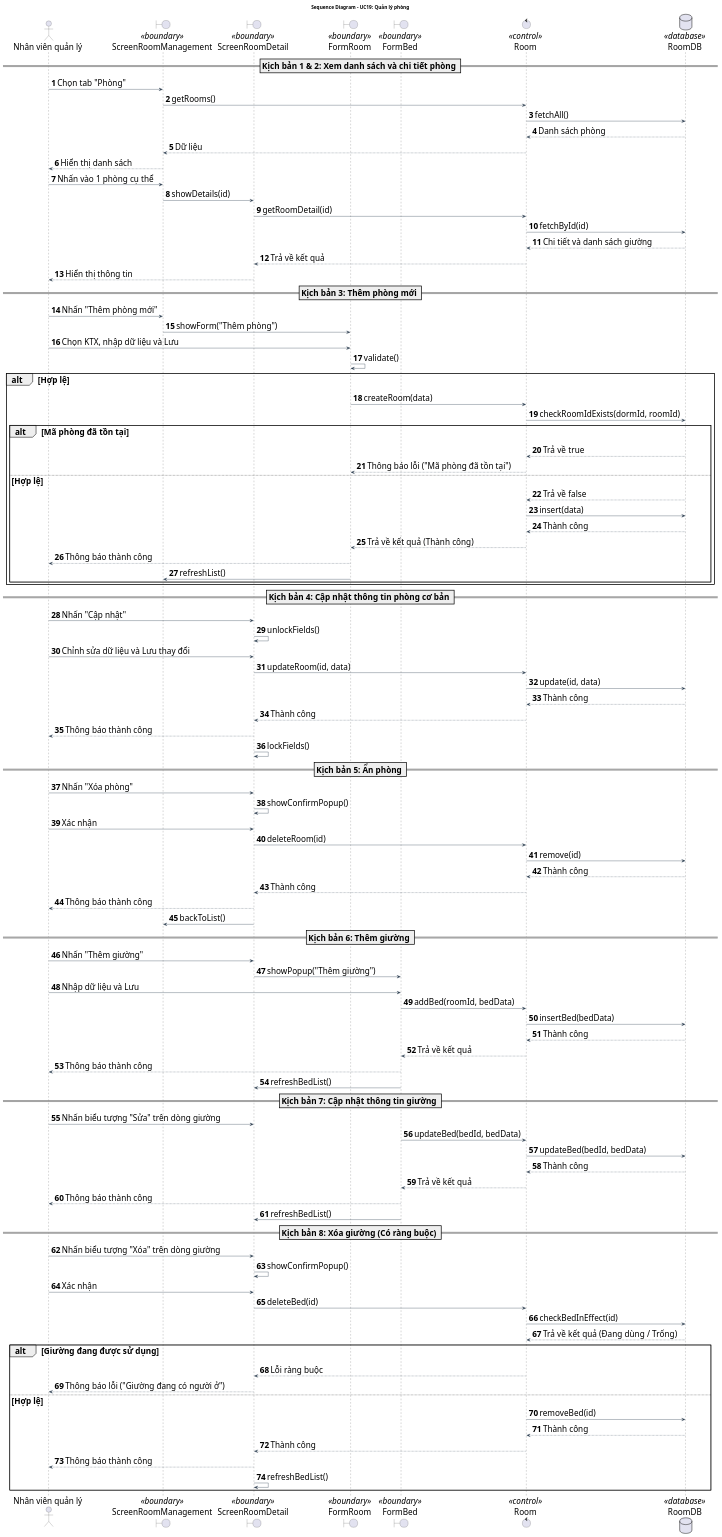
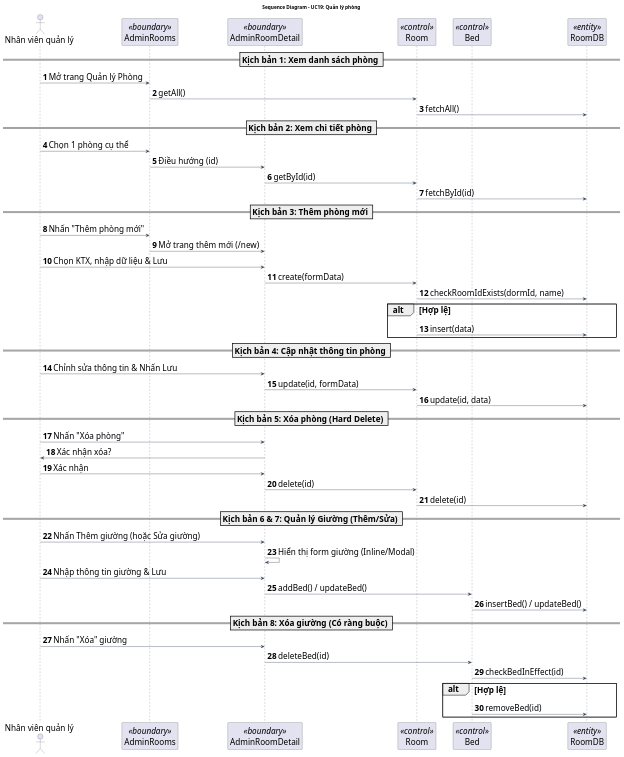
One commit to Gnourt812005/HCMUS-Analyze-and-desgin-IS changed the diagram in doc/system/quan_ly_phong/QuanLyPhong_SequenceDiagram.wsd. Above: the diagram before and after it, drawn with PlantUML. The commit also changed 3 other files, not shown here.

```diff
--- a/doc/system/quan_ly_phong/QuanLyPhong_SequenceDiagram.wsd
+++ b/doc/system/quan_ly_phong/QuanLyPhong_SequenceDiagram.wsd
@@ -1,126 +1,71 @@
 @startuml QuanLyPhong_SequenceDiagram
 title Sequence Diagram - UC19: Quản lý phòng
 
 ' --- STYLE CONFIGURATION ---
 skinparam {
     BackgroundColor White
     ArrowColor #2D3E50
     DefaultFontName "Arial"
     DefaultFontSize 24
     ParticipantPadding 20
     BoxPadding 10
 }
 
 actor "Nhân viên quản lý" as Actor
-boundary "ScreenRoomManagement" as MainGUI <<boundary>>
-boundary "ScreenRoomDetail" as DetailGUI <<boundary>>
-boundary "FormRoom" as FormGUI <<boundary>>
-boundary "FormBed" as BedGUI <<boundary>>
-control "Room" as BUS <<control>>
-database "RoomDB" as DB <<database>>
+participant "AdminRooms" as MainGUI <<boundary>>
+participant "AdminRoomDetail" as DetailGUI <<boundary>>
+participant "Room" as BUS_Room <<control>>
+participant "Bed" as BUS_Bed <<control>>
+participant "RoomDB" as DB <<entity>>
 
 autonumber
 
-== Kịch bản 1 & 2: Xem danh sách và chi tiết phòng ==
-Actor -> MainGUI: Chọn tab "Phòng"
-MainGUI -> BUS: getRooms()
-BUS -> DB: fetchAll()
-DB --> BUS: Danh sách phòng
-BUS --> MainGUI: Dữ liệu
-MainGUI --> Actor: Hiển thị danh sách
+== Kịch bản 1: Xem danh sách phòng ==
+Actor -> MainGUI: Mở trang Quản lý Phòng
+MainGUI -> BUS_Room: getAll()
+BUS_Room -> DB: fetchAll()
 
-Actor -> MainGUI: Nhấn vào 1 phòng cụ thể
-MainGUI -> DetailGUI: showDetails(id)
-DetailGUI -> BUS: getRoomDetail(id)
-BUS -> DB: fetchById(id)
-DB --> BUS: Chi tiết và danh sách giường
-BUS --> DetailGUI: Trả về kết quả
-DetailGUI --> Actor: Hiển thị thông tin
+== Kịch bản 2: Xem chi tiết phòng ==
+Actor -> MainGUI: Chọn 1 phòng cụ thể
+MainGUI -> DetailGUI: Điều hướng (id)
+DetailGUI -> BUS_Room: getById(id)
+BUS_Room -> DB: fetchById(id)
 
 == Kịch bản 3: Thêm phòng mới ==
 Actor -> MainGUI: Nhấn "Thêm phòng mới"
-MainGUI -> FormGUI: showForm("Thêm phòng")
-
-Actor -> FormGUI: Chọn KTX, nhập dữ liệu và Lưu
-FormGUI -> FormGUI: validate()
+MainGUI -> DetailGUI: Mở trang thêm mới (/new)
+Actor -> DetailGUI: Chọn KTX, nhập dữ liệu & Lưu
+DetailGUI -> BUS_Room: create(formData)
+BUS_Room -> DB: checkRoomIdExists(dormId, name)
 alt Hợp lệ
-    FormGUI -> BUS: createRoom(data)
-    BUS -> DB: checkRoomIdExists(dormId, roomId)
-    alt Mã phòng đã tồn tại
-        DB --> BUS: Trả về true
-        BUS --> FormGUI: Thông báo lỗi ("Mã phòng đã tồn tại")
-    else Hợp lệ
-        DB --> BUS: Trả về false
-        BUS -> DB: insert(data)
-        DB --> BUS: Thành công
-        BUS --> FormGUI: Trả về kết quả (Thành công)
-        FormGUI --> Actor: Thông báo thành công
-        FormGUI -> MainGUI: refreshList()
-    end
+    BUS_Room -> DB: insert(data)
 end
 
-== Kịch bản 4: Cập nhật thông tin phòng cơ bản ==
-Actor -> DetailGUI: Nhấn "Cập nhật"
-DetailGUI -> DetailGUI: unlockFields()
+== Kịch bản 4: Cập nhật thông tin phòng ==
+Actor -> DetailGUI: Chỉnh sửa thông tin & Nhấn Lưu
+DetailGUI -> BUS_Room: update(id, formData)
+BUS_Room -> DB: update(id, data)
 
-Actor -> DetailGUI: Chỉnh sửa dữ liệu và Lưu thay đổi
-DetailGUI -> BUS: updateRoom(id, data)
-BUS -> DB: update(id, data)
-DB --> BUS: Thành công
-BUS --> DetailGUI: Thành công
-DetailGUI --> Actor: Thông báo thành công
-DetailGUI -> DetailGUI: lockFields()
+== Kịch bản 5: Xóa phòng (Hard Delete) ==
+Actor -> DetailGUI: Nhấn "Xóa phòng"
+DetailGUI -> Actor: Xác nhận xóa?
+Actor -> DetailGUI: Xác nhận
+DetailGUI -> BUS_Room: delete(id)
+BUS_Room -> DB: delete(id)
 
-== Kịch bản 5: Ẩn phòng ==
-Actor -> DetailGUI: Nhấn "Xóa phòng"
-DetailGUI -> DetailGUI: showConfirmPopup()
-Actor -> DetailGUI: Xác nhận
-DetailGUI -> BUS: deleteRoom(id)
-BUS -> DB: remove(id)
-DB --> BUS: Thành công
-BUS --> DetailGUI: Thành công
-DetailGUI --> Actor: Thông báo thành công
-DetailGUI -> MainGUI: backToList()
-
-== Kịch bản 6: Thêm giường ==
-Actor -> DetailGUI: Nhấn "Thêm giường"
-DetailGUI -> BedGUI: showPopup("Thêm giường")
-
-Actor -> BedGUI: Nhập dữ liệu và Lưu
-BedGUI -> BUS: addBed(roomId, bedData)
-BUS -> DB: insertBed(bedData)
-DB --> BUS: Thành công
-BUS --> BedGUI: Trả về kết quả
-BedGUI --> Actor: Thông báo thành công
-BedGUI -> DetailGUI: refreshBedList()
-
-== Kịch bản 7: Cập nhật thông tin giường ==
-Actor -> DetailGUI: Nhấn biểu tượng "Sửa" trên dòng giường
-BedGUI -> BUS: updateBed(bedId, bedData)
-BUS -> DB: updateBed(bedId, bedData)
-DB --> BUS: Thành công
-BUS --> BedGUI: Trả về kết quả
-BedGUI --> Actor: Thông báo thành công
-BedGUI -> DetailGUI: refreshBedList()
+== Kịch bản 6 & 7: Quản lý Giường (Thêm/Sửa) ==
+Actor -> DetailGUI: Nhấn Thêm giường (hoặc Sửa giường)
+DetailGUI -> DetailGUI: Hiển thị form giường (Inline/Modal)
+Actor -> DetailGUI: Nhập thông tin giường & Lưu
+DetailGUI -> BUS_Bed: addBed() / updateBed()
+BUS_Bed -> DB: insertBed() / updateBed()
 
 == Kịch bản 8: Xóa giường (Có ràng buộc) ==
-Actor -> DetailGUI: Nhấn biểu tượng "Xóa" trên dòng giường
-DetailGUI -> DetailGUI: showConfirmPopup()
-Actor -> DetailGUI: Xác nhận
-
-DetailGUI -> BUS: deleteBed(id)
-BUS -> DB: checkBedInEffect(id)
-DB --> BUS: Trả về kết quả (Đang dùng / Trống)
-
-alt Giường đang được sử dụng
-    BUS --> DetailGUI: Lỗi ràng buộc
-    DetailGUI --> Actor: Thông báo lỗi ("Giường đang có người ở")
-else Hợp lệ
-    BUS -> DB: removeBed(id)
-    DB --> BUS: Thành công
-    BUS --> DetailGUI: Thành công
-    DetailGUI --> Actor: Thông báo thành công
-    DetailGUI -> DetailGUI: refreshBedList()
+Actor -> DetailGUI: Nhấn "Xóa" giường
+DetailGUI -> BUS_Bed: deleteBed(id)
+BUS_Bed -> DB: checkBedInEffect(id)
+alt Hợp lệ
+    BUS_Bed -> DB: removeBed(id)
 end
 
 @enduml
```
